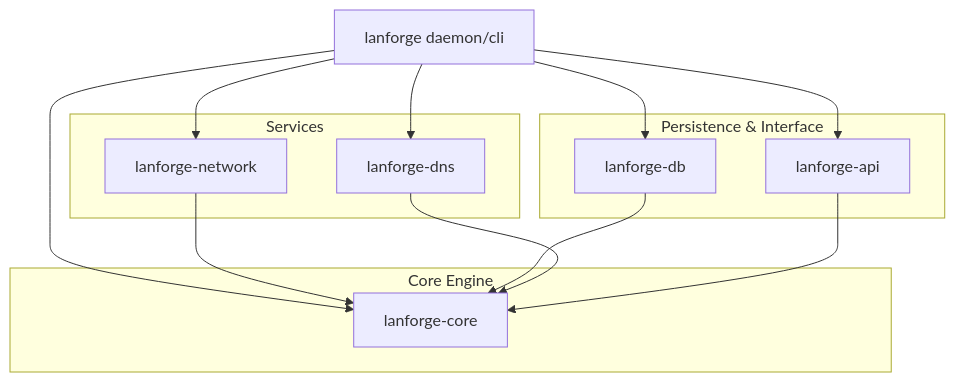
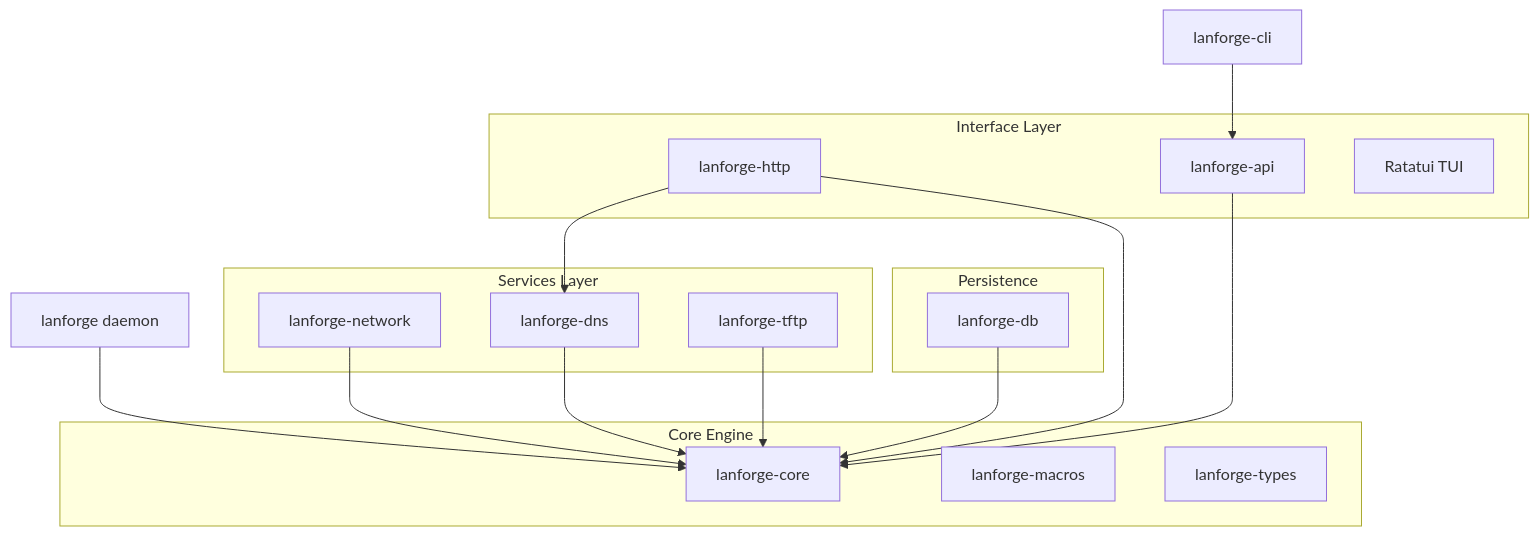
The diagram in docs/ARCHITECTURE.md (FerrahWolfeh/lanforge), drawn with Mermaid before and after one commit. The commit also changed other lines of this file and 5 other files, not shown here.

Commit message:
docs: update architecture documentation and restructure workspace layout

````diff
--- a/docs/ARCHITECTURE.md
+++ b/docs/ARCHITECTURE.md
@@ -24,27 +25,35 @@
 ```mermaid
 graph TD
-    Main["lanforge daemon/cli"] --> Core["lanforge-core"]
-    Main --> Net["lanforge-network"]
-    Main --> DB["lanforge-db"]
-    Main --> DNS["lanforge-dns"]
-    Main --> API["lanforge-api"]
-
-    Net --> Core
-    DB --> Core
-    DNS --> Core
-    API --> Core
+    Main["lanforge daemon"] --> Core["lanforge-core"]
+    CLI["lanforge-cli"] --> API["lanforge-api"]
+    
+    subgraph "Interface Layer"
+        API
+        HTTP["lanforge-http"]
+        TUI["Ratatui TUI"]
+    end
 
     subgraph "Core Engine"
         Core
+        Macros["lanforge-macros"]
+        Types["lanforge-types"]
     end
 
-    subgraph "Services"
-        Net
-        DNS
+    subgraph "Services Layer"
+        Net["lanforge-network"]
+        DNS["lanforge-dns"]
+        TFTP["lanforge-tftp"]
     end
 
-    subgraph "Persistence & Interface"
-        DB
-        API
+    subgraph "Persistence"
+        DB["lanforge-db"]
     end
+
+    Net --> Core
+    DNS --> Core
+    TFTP --> Core
+    DB --> Core
+    HTTP --> Core
+    API --> Core
+    HTTP --> DNS
 ```
````
